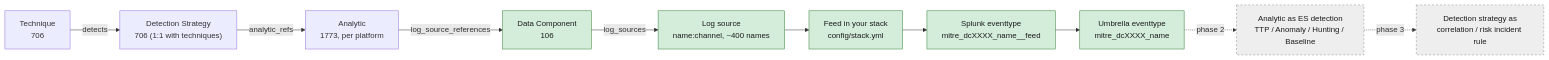
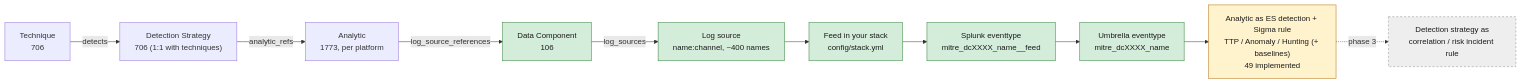
The diagram in README.md (dev-nobytes-io/mitre-defensive-mappings-spl), drawn with Mermaid before and after one commit. The commit also changed other lines of this file and 67 other files, not shown here.

````diff
--- a/README.md
+++ b/README.md
@@ -5,16 +5,18 @@
 ```mermaid
 flowchart LR
   T["Technique<br/>706"] -- detects --> DET["Detection Strategy<br/>706 (1:1 with techniques)"]
   DET -- analytic_refs --> AN["Analytic<br/>1773, per platform"]
   AN -- log_source_references --> DC["Data Component<br/>106"]
   DC -- log_sources --> LS["Log source<br/>name:channel, ~400 names"]
   LS --> FEED["Feed in your stack<br/>config/stack.yml"]
   FEED --> ET["Splunk eventtype<br/>mitre_dcXXXX_name__feed"]
   ET --> UMB["Umbrella eventtype<br/>mitre_dcXXXX_name"]
-  UMB -. phase 2 .-> RULE["Analytic as ES detection<br/>TTP / Anomaly / Hunting / Baseline"]
+  UMB --> RULE["Analytic as ES detection + Sigma rule<br/>TTP / Anomaly / Hunting (+ baselines)<br/>49 implemented"]
   RULE -. phase 3 .-> CORR["Detection strategy as<br/>correlation / risk incident rule"]
   classDef done fill:#d4edda,stroke:#2e7d32,color:#1b1b1b
+  classDef part fill:#fff3cd,stroke:#b26a00,color:#1b1b1b
   classDef later fill:#eeeeee,stroke:#888,color:#1b1b1b,stroke-dasharray: 4 4
   class DC,LS,FEED,ET,UMB done
-  class RULE,CORR later
+  class RULE part
+  class CORR later
 ```
````
